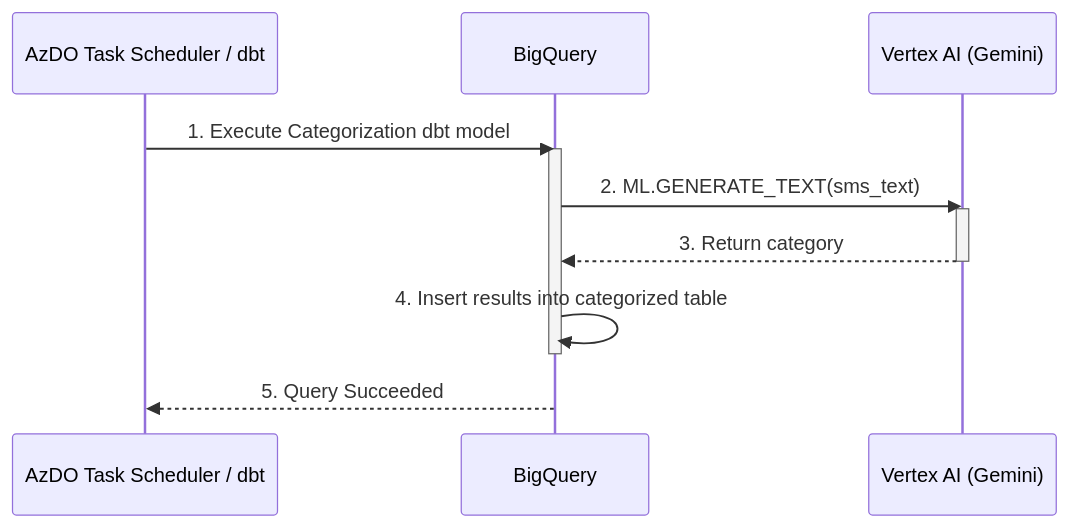
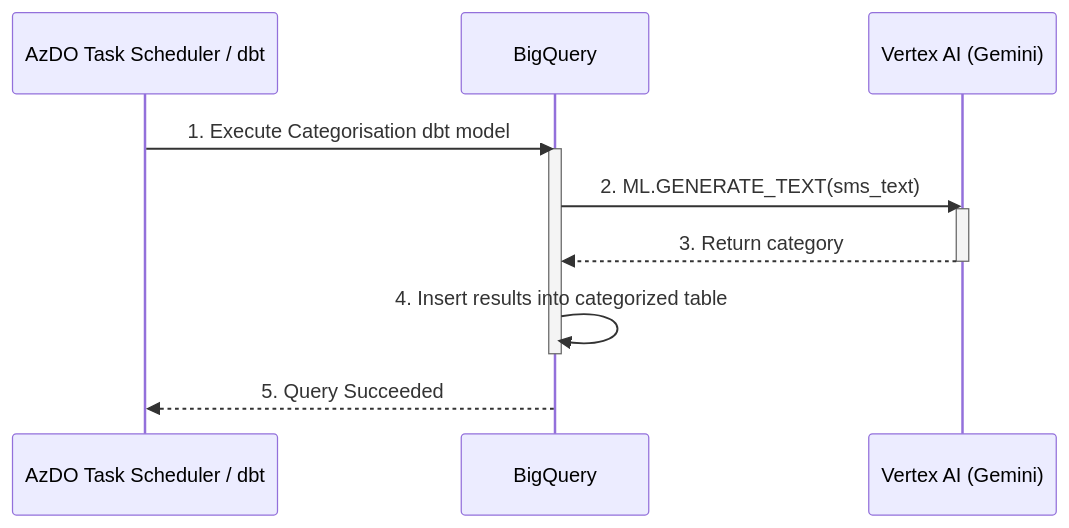
One commit to sandipdatta/diagrams changed the second of 4 diagrams in README.md. Above: the diagram before and after it, drawn with Mermaid.

````diff
--- a/README.md
+++ b/README.md
@@ -56,16 +56,16 @@
 ```mermaid
 sequenceDiagram
     participant scheduler as AzDO Task Scheduler / dbt
     participant BQ as BigQuery
     participant VAI as Vertex AI (Gemini)
 
-    scheduler->>BQ: 1. Execute Categorization dbt model
+    scheduler->>BQ: 1. Execute Categorisation dbt model
     activate BQ
     BQ->>VAI: 2. ML.GENERATE_TEXT(sms_text)
     activate VAI
     VAI-->>BQ: 3. Return category
     deactivate VAI
     BQ->>BQ: 4. Insert results into categorized table
     deactivate BQ
     BQ-->>scheduler: 5. Query Succeeded
 ```
````
